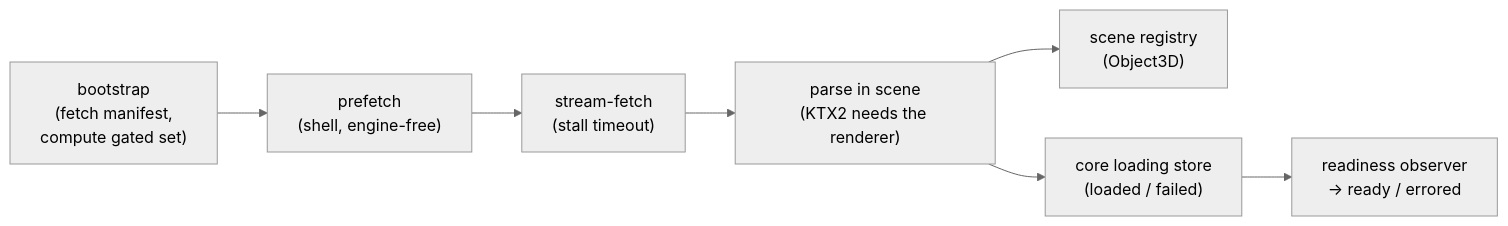
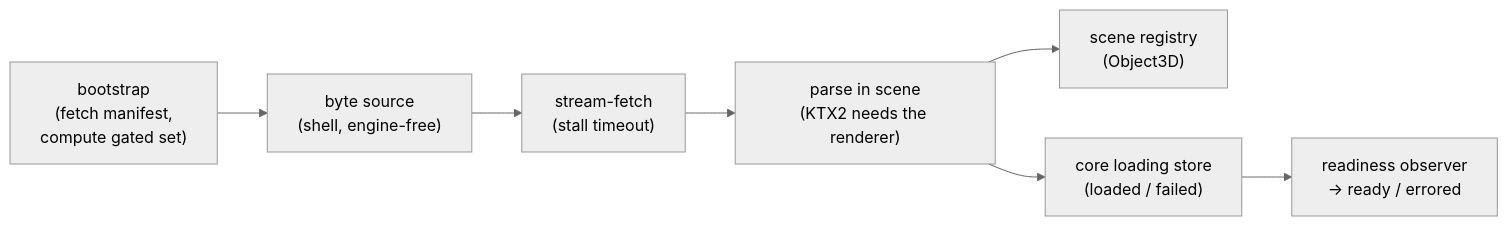
Before and after one commit to christopher-r-anderson/room-layout: the diagram in docs/architecture/startup-and-asset-loading.md, drawn with Mermaid (neutral theme). The commit also changed other lines of this file and 9 other files, not shown here.

First line of the commit message:
refactor(loading): unify the collection byte source

````diff
--- a/docs/architecture/startup-and-asset-loading.md
+++ b/docs/architecture/startup-and-asset-loading.md
@@ -50,9 +50,9 @@
 ```mermaid
 flowchart LR
-  boot["bootstrap\n(fetch manifest,\ncompute gated set)"] --> prefetch["prefetch\n(shell, engine-free)"]
-  prefetch --> stream["stream-fetch\n(stall timeout)"]
+  boot["bootstrap\n(fetch manifest,\ncompute gated set)"] --> bytes["byte source\n(shell, engine-free)"]
+  bytes --> stream["stream-fetch\n(stall timeout)"]
   stream --> parse["parse in scene\n(KTX2 needs the renderer)"]
   parse --> registry["scene registry\n(Object3D)"]
   parse --> store["core loading store\n(loaded / failed)"]
   store --> ready["readiness observer\n-> ready / errored"]
 ```
````
